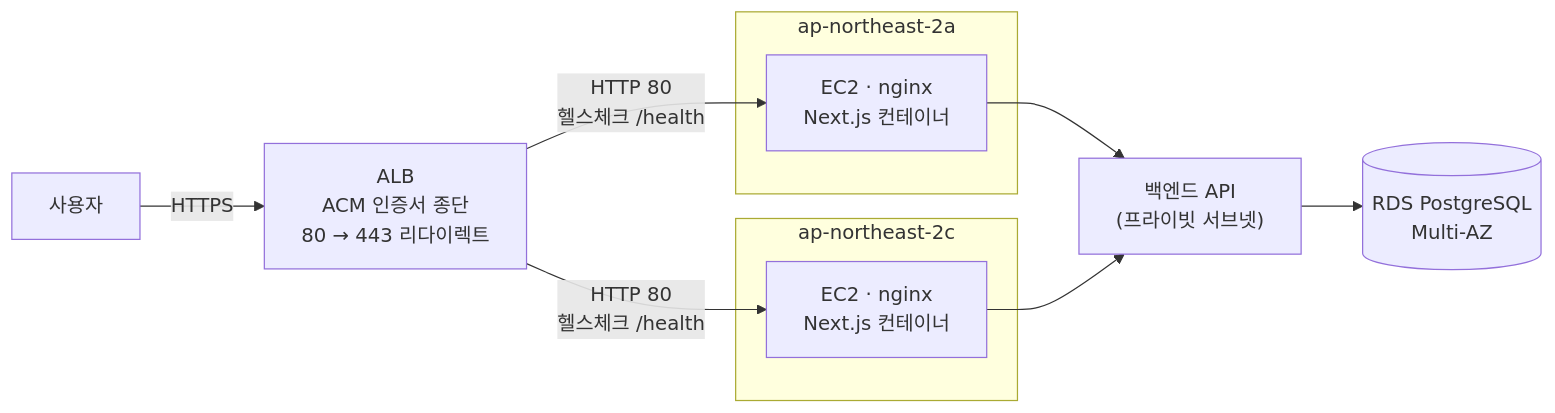
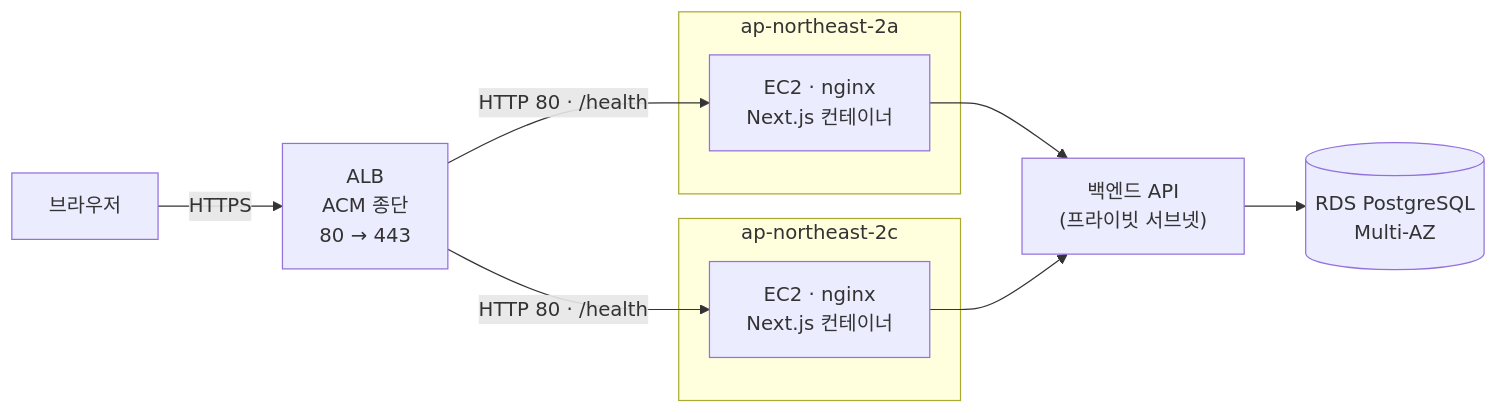
Before and after one commit to final-pjt-supply/bidmate-frontend: the first of 2 diagrams in README.md, drawn with Mermaid. The commit also changed other lines of this file, not shown here.

````diff
--- a/README.md
+++ b/README.md
@@ -14,18 +134,18 @@
 ```mermaid
 flowchart LR
-    U[사용자] -->|HTTPS| ALB[ALB<br/>ACM 인증서 종단<br/>80 → 443 리다이렉트]
+    U[브라우저] -->|HTTPS| ALB[ALB<br/>ACM 종단<br/>80 → 443]
 
     subgraph AZ_A["ap-northeast-2a"]
         F1["EC2 · nginx<br/>Next.js 컨테이너"]
     end
     subgraph AZ_C["ap-northeast-2c"]
         F2["EC2 · nginx<br/>Next.js 컨테이너"]
     end
 
-    ALB -->|HTTP 80<br/>헬스체크 /health| F1
-    ALB -->|HTTP 80<br/>헬스체크 /health| F2
+    ALB -->|HTTP 80 · /health| F1
+    ALB -->|HTTP 80 · /health| F2
 
     F1 --> API["백엔드 API<br/>(프라이빗 서브넷)"]
     F2 --> API
     API --> DB[("RDS PostgreSQL<br/>Multi-AZ")]
 ```
````
